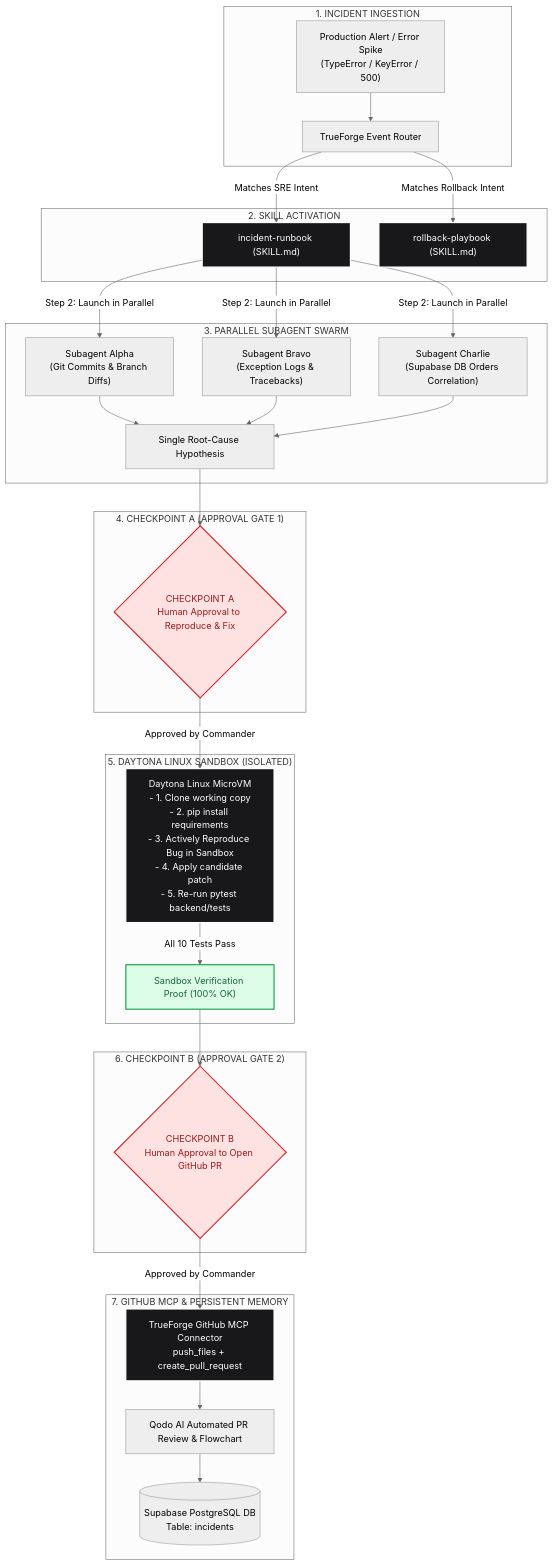
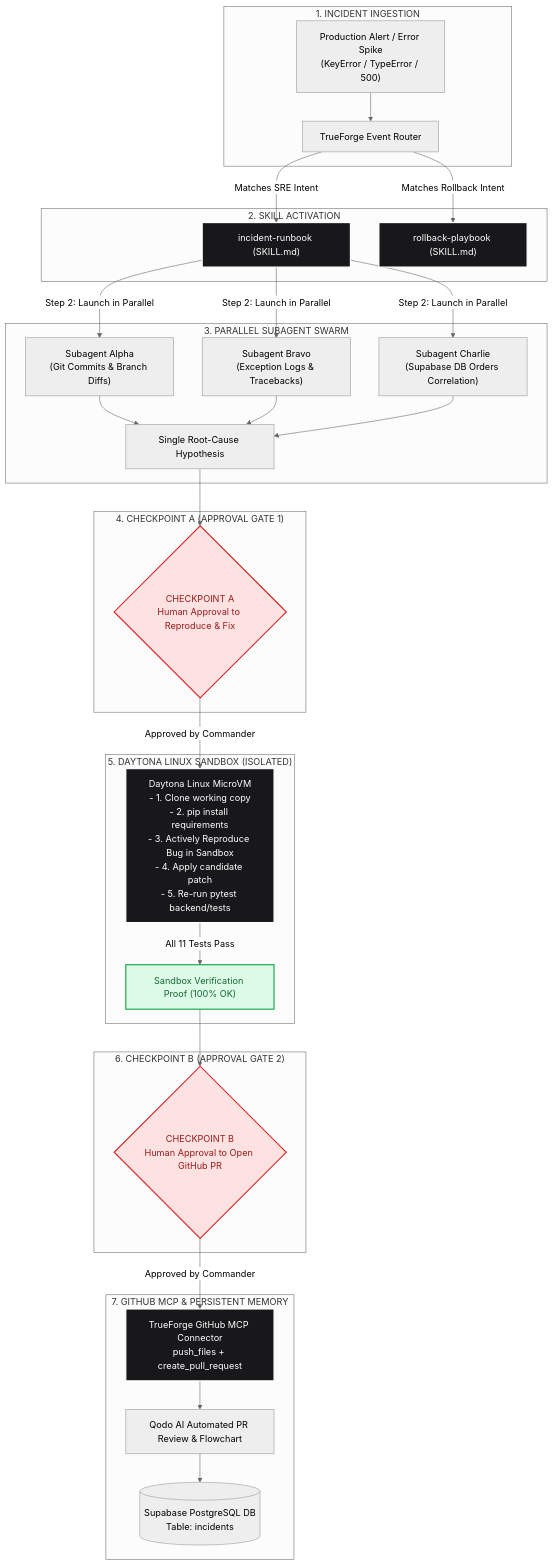
One commit to Sourjya-Saha/sentinelops-skills changed the diagram in README.md. Above: the diagram before and after it, drawn with Mermaid (neutral theme). The commit also changed other lines of this file, not shown here.

````diff
--- a/README.md
+++ b/README.md
@@ -28,48 +39,48 @@
 ```mermaid
 flowchart TD
     subgraph TriggerLayer ["1. INCIDENT INGESTION"]
-        Alert["Production Alert / Error Spike<br/>(TypeError / KeyError / 500)"] --> Dispatcher["TrueForge Event Router"]
+        Alert["Production Alert / Error Spike<br/>(KeyError / TypeError / 500)"] --> Dispatcher["TrueForge Event Router"]
     end
 
     subgraph SkillSelection ["2. SKILL ACTIVATION"]
         Dispatcher -->|Matches SRE Intent| Runbook["incident-runbook (SKILL.md)"]
         Dispatcher -->|Matches Rollback Intent| Playbook["rollback-playbook (SKILL.md)"]
     end
 
     subgraph SwarmExecution ["3. PARALLEL SUBAGENT SWARM"]
         Runbook -->|Step 2: Launch in Parallel| SubAlpha["Subagent Alpha<br/>(Git Commits & Branch Diffs)"]
         Runbook -->|Step 2: Launch in Parallel| SubBravo["Subagent Bravo<br/>(Exception Logs & Tracebacks)"]
         Runbook -->|Step 2: Launch in Parallel| SubCharlie["Subagent Charlie<br/>(Supabase DB Orders Correlation)"]
         
         SubAlpha --> Hypothesis["Single Root-Cause Hypothesis"]
         SubBravo --> Hypothesis
         SubCharlie --> Hypothesis
     end
 
     subgraph Gate1 ["4. CHECKPOINT A (APPROVAL GATE 1)"]
         Hypothesis --> CheckpointA{"CHECKPOINT A<br/>Human Approval to Reproduce & Fix"}
     end
 
     subgraph DaytonaIsolation ["5. DAYTONA LINUX SANDBOX (ISOLATED)"]
         CheckpointA -->|Approved by Commander| Daytona["Daytona Linux MicroVM<br/>- 1. Clone working copy<br/>- 2. pip install requirements<br/>- 3. Actively Reproduce Bug in Sandbox<br/>- 4. Apply candidate patch<br/>- 5. Re-run pytest backend/tests"]
-        Daytona -->|All 10 Tests Pass| Proof["Sandbox Verification Proof (100% OK)"]
+        Daytona -->|All 11 Tests Pass| Proof["Sandbox Verification Proof (100% OK)"]
     end
 
     subgraph Gate2 ["6. CHECKPOINT B (APPROVAL GATE 2)"]
         Proof --> CheckpointB{"CHECKPOINT B<br/>Human Approval to Open GitHub PR"}
     end
 
     subgraph GitHubAndQodo ["7. GITHUB MCP & PERSISTENT MEMORY"]
         CheckpointB -->|Approved by Commander| GitHubMCP["TrueForge GitHub MCP Connector<br/>push_files + create_pull_request"]
         GitHubMCP --> QodoReview["Qodo AI Automated PR Review & Flowchart"]
         QodoReview --> SupabaseMemory[("Supabase PostgreSQL DB<br/>Table: incidents")]
     end
 
     classDef redGate fill:#fee2e2,stroke:#dc2626,stroke-width:2px,color:#991b1b;
     classDef darkNode fill:#18181b,stroke:#ffffff,stroke-width:2px,color:#ffffff;
     classDef greenProof fill:#dcfce7,stroke:#16a34a,stroke-width:2px,color:#166534;
 
     class CheckpointA,CheckpointB redGate;
     class Runbook,Playbook,Daytona,GitHubMCP darkNode;
     class Proof greenProof;
 ```
````
